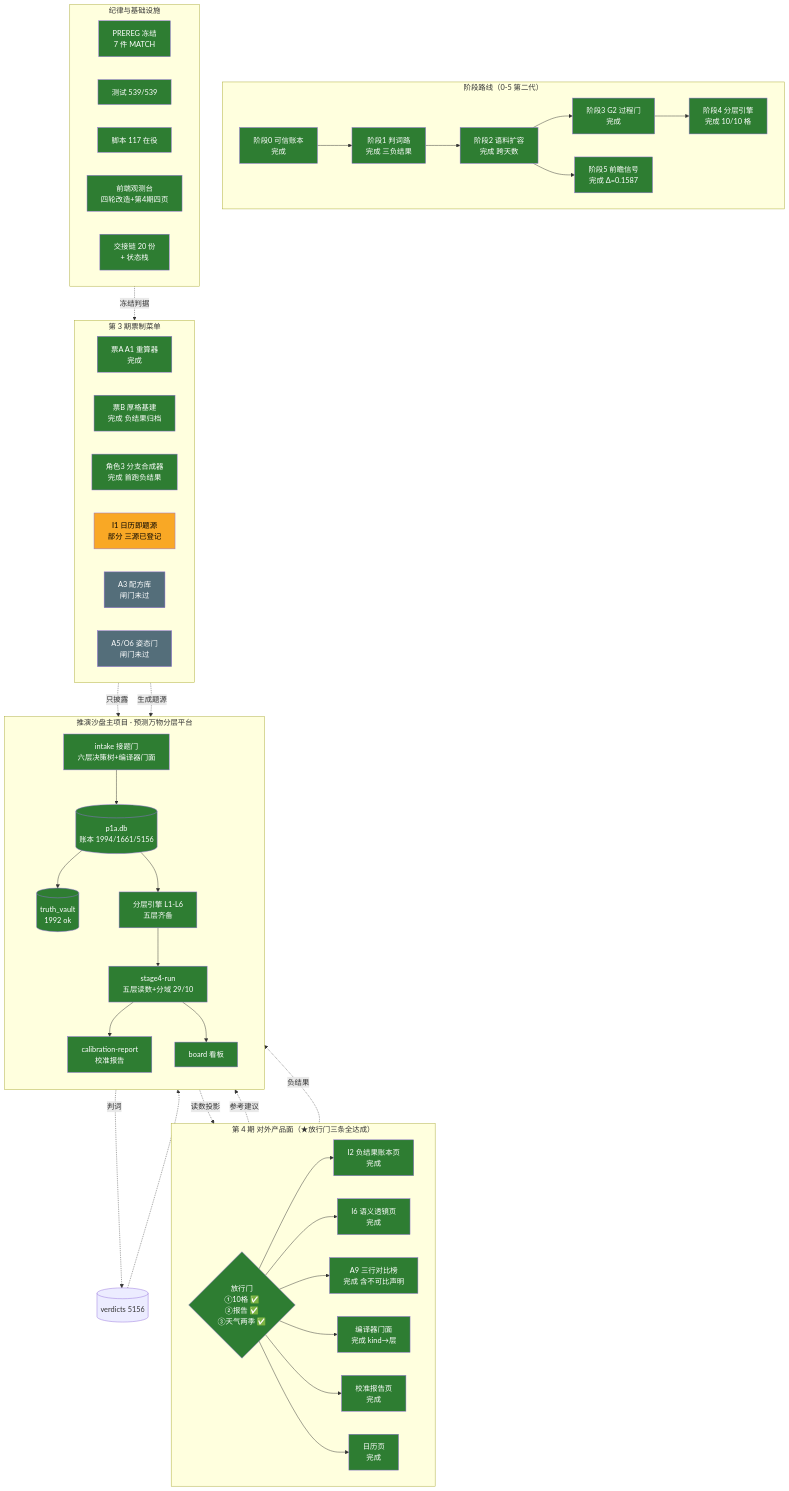
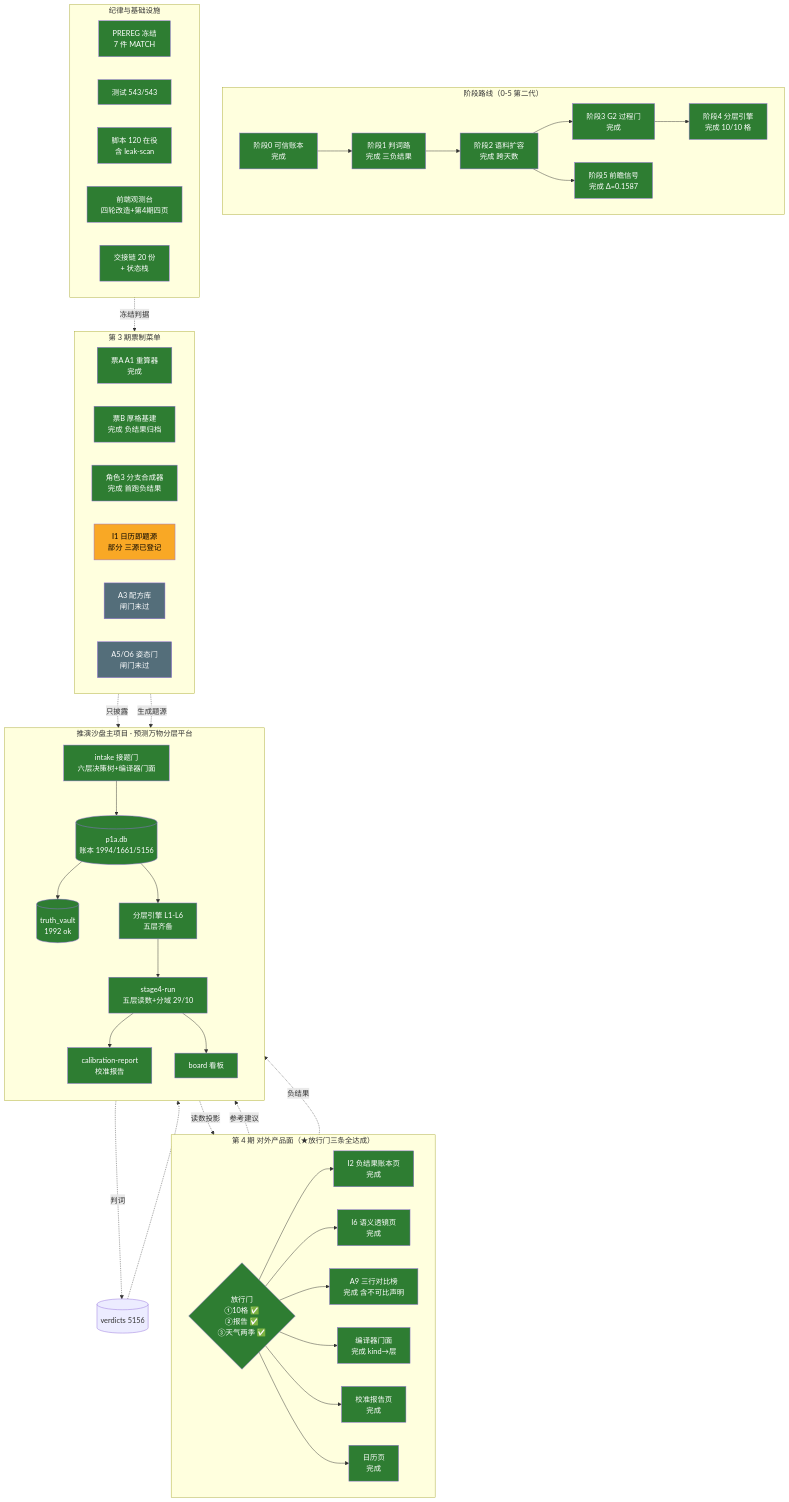
The diagram in architecture.mmd (rui08984-dot/tuiyan-sandbox), drawn with Mermaid before and after one commit. The commit also changed 1 other file, not shown here.

```diff
--- a/architecture.mmd
+++ b/architecture.mmd
@@ -1,82 +1,82 @@
 flowchart TB
     subgraph MAIN["推演沙盘主项目 · 预测万物分层平台"]
         direction TB
         LEDGER[("p1a.db<br/>账本 1994/1661/5156")]
         VAULT[("truth_vault<br/>1992 ok")]
         INTAKE["intake 接题门<br/>六层决策树+编译器门面"]
         ENGINES["分层引擎 L1-L6<br/>五层齐备"]
         STAGE4["stage4-run<br/>五层读数+分域 29/10"]
         CAL["calibration-report<br/>校准报告"]
         BOARD["board 看板"]
         LEDGER --> VAULT
         LEDGER --> ENGINES
         INTAKE --> LEDGER
         ENGINES --> STAGE4
         STAGE4 --> CAL
         STAGE4 --> BOARD
     end
 
     subgraph PHASE["阶段路线（0-5 第二代）"]
         direction LR
         P0["阶段0 可信账本<br/>完成"]
         P1["阶段1 判词路<br/>完成 三负结果"]
         P2["阶段2 语料扩容<br/>完成 跨天数"]
         P3["阶段3 G2 过程门<br/>完成"]
         P4["阶段4 分层引擎<br/>完成 10/10 格"]
         P5["阶段5 前瞻信号<br/>完成 Δ=0.1587"]
         P0 --> P1 --> P2 --> P3 --> P4
         P2 --> P5
     end
 
     subgraph TICKET["第 3 期票制菜单"]
         direction LR
         A1["票A A1 重算器<br/>完成"]
         TB["票B 厚格基建<br/>完成 负结果归档"]
         R3["角色3 分支合成器<br/>完成 首跑负结果"]
         I1["I1 日历即题源<br/>部分 三源已登记"]
         A3["A3 配方库<br/>闸门未过"]
         A5["A5/O6 姿态门<br/>闸门未过"]
     end
 
     subgraph P4F["第 4 期 对外产品面（★放行门三条全达成）"]
         direction LR
         GATE{"放行门<br/>①10格 ✅<br/>②报告 ✅<br/>③天气两季 ✅"}
         F1["I2 负结果账本页<br/>完成"]
         F2["I6 语义透镜页<br/>完成"]
         F3["A9 三行对比榜<br/>完成 含不可比声明"]
         F4["编译器门面<br/>完成 kind→层"]
         F5["校准报告页<br/>完成"]
         F6["日历页<br/>完成"]
         GATE --> F1
         GATE --> F2
         GATE --> F3
         GATE --> F4
         GATE --> F5
         GATE --> F6
     end
 
     subgraph INFRA["纪律与基础设施"]
         direction LR
         PREREG["PREREG 冻结<br/>7 件 MATCH"]
-        TEST["测试 539/539"]
-        SCRIPTS["脚本 117 在役"]
+        TEST["测试 543/543"]
+        SCRIPTS["脚本 120 在役<br/>含 leak-scan"]
         UI["前端观测台<br/>四轮改造+第4期四页"]
         HANDOFF["交接链 20 份<br/>+ 状态栈"]
     end
 
     ENGINES -.->|"判词"| VERD[("verdicts 5156")]
     VERD -.-> STAGE4
     PREREG -.->|"冻结判据"| R3
     R3 -.->|"只披露"| BOARD
     I1 -.->|"生成题源"| INTAKE
     STAGE4 -.->|"读数投影"| GATE
     F4 -.->|"参考建议"| INTAKE
     F1 -.->|"负结果"| BOARD
 
     classDef done fill:#2e7d32,color:#fff
     classDef doing fill:#f9a825,color:#000
     classDef notstarted fill:#546e7a,color:#fff
 
     class P0,P1,P2,P3,P4,P5,A1,TB,R3,LEDGER,VAULT,INTAKE,ENGINES,STAGE4,CAL,BOARD,PREREG,TEST,SCRIPTS,UI,HANDOFF,GATE,F1,F2,F3,F4,F5,F6 done
     class I1 doing
     class A3,A5 notstarted
```
